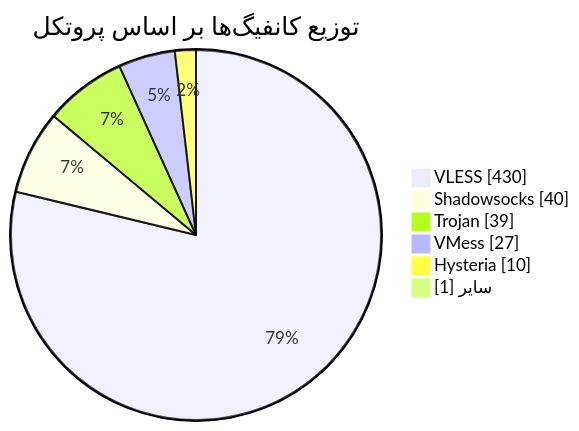
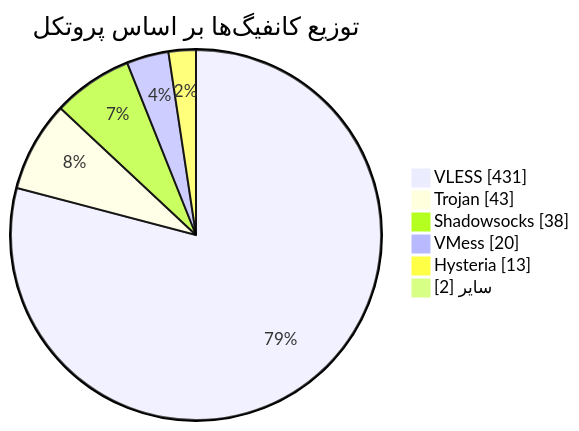
Before and after one commit to Arian-Alijani/Somthing: the diagram in README.md, drawn with Mermaid. The commit also changed other lines of this file and 91 other files, not shown here.

````diff
--- a/README.md
+++ b/README.md
@@ -48,10 +48,10 @@
 ```mermaid
 pie showData
     title توزیع کانفیگ‌ها بر اساس پروتکل
-    "VLESS" : 430
-    "Shadowsocks" : 40
-    "Trojan" : 39
-    "VMess" : 27
-    "Hysteria" : 10
-    "سایر" : 1
+    "VLESS" : 431
+    "Trojan" : 43
+    "Shadowsocks" : 38
+    "VMess" : 20
+    "Hysteria" : 13
+    "سایر" : 2
 ```
````
